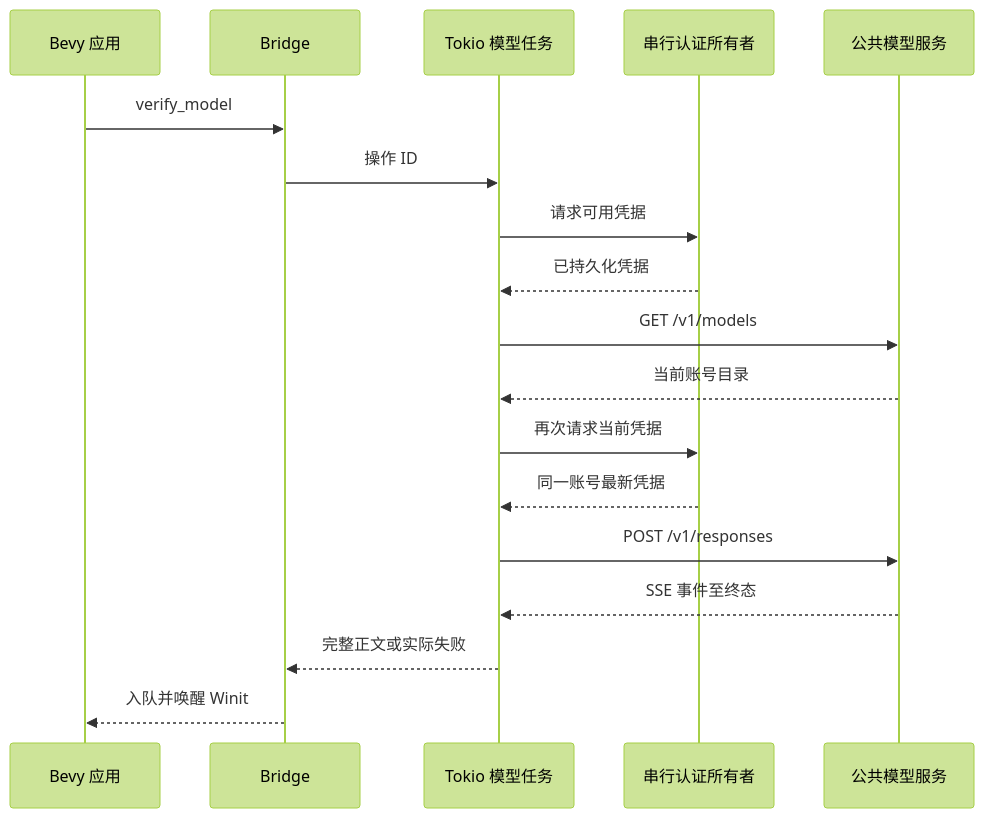
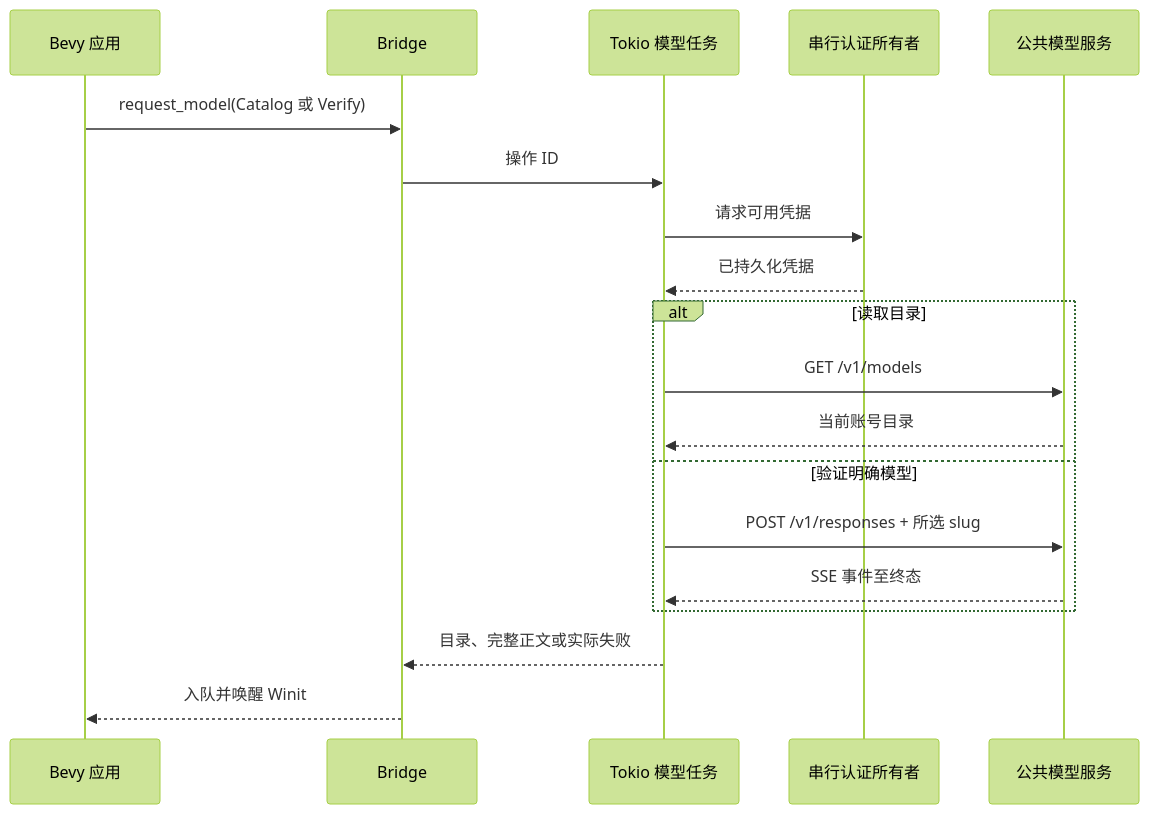
Before and after one commit to slc90/Agentelier: the diagram in docs/design/modules/model-request.md, drawn with Mermaid (forest theme). The commit also changed other lines of this file and 28 other files, not shown here.

Commit message:
Add explicit model selection and catalog refresh

````diff
--- a/docs/design/modules/model-request.md
+++ b/docs/design/modules/model-request.md
@@ -5,20 +5,21 @@
 ```mermaid
 sequenceDiagram
     participant App as Bevy 应用
     participant Bridge as Bridge
     participant Model as Tokio 模型任务
     participant Auth as 串行认证所有者
     participant API as 公共模型服务
-    App->>Bridge: verify_model
+    App->>Bridge: request_model(Catalog 或 Verify)
     Bridge->>Model: 操作 ID
     Model->>Auth: 请求可用凭据
     Auth-->>Model: 已持久化凭据
-    Model->>API: GET /v1/models
-    API-->>Model: 当前账号目录
-    Model->>Auth: 再次请求当前凭据
-    Auth-->>Model: 同一账号最新凭据
-    Model->>API: POST /v1/responses
-    API-->>Model: SSE 事件至终态
-    Model-->>Bridge: 完整正文或实际失败
+    alt 读取目录
+        Model->>API: GET /v1/models
+        API-->>Model: 当前账号目录
+    else 验证明确模型
+        Model->>API: POST /v1/responses + 所选 slug
+        API-->>Model: SSE 事件至终态
+    end
+    Model-->>Bridge: 目录、完整正文或实际失败
     Bridge-->>App: 入队并唤醒 Winit
 ```
````
